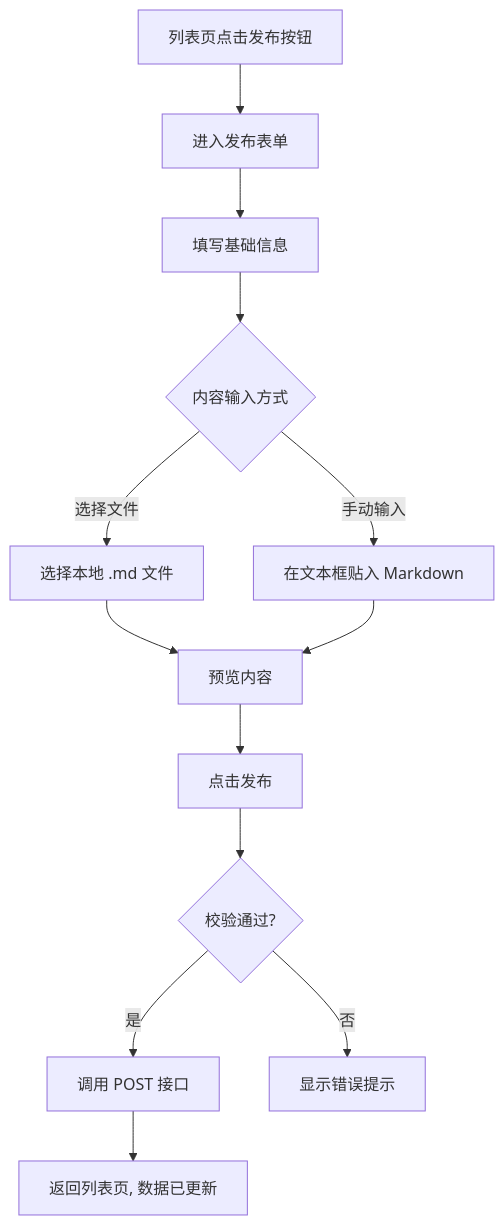
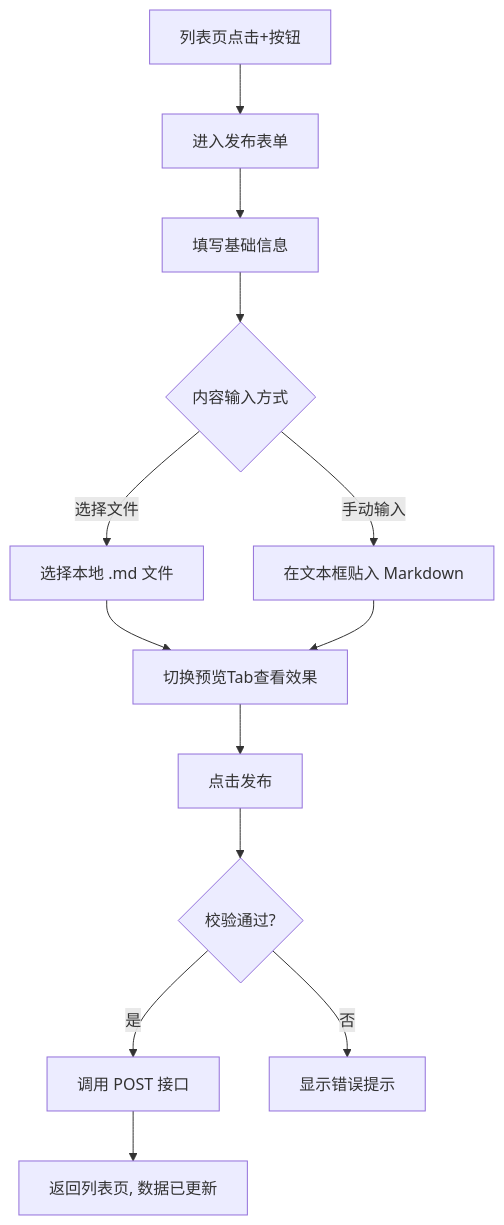
The first of 2 diagrams in docs/features/skill/v0.0.2/analysis.md (toly1994328/skills-hub-by-ai), drawn with Mermaid before and after one commit. The commit also changed other lines of this file and 2 other files, not shown here.

````diff
--- a/docs/features/skill/v0.0.2/analysis.md
+++ b/docs/features/skill/v0.0.2/analysis.md
@@ -15,15 +15,15 @@
 ```mermaid
 flowchart TB
-    A[列表页点击发布按钮] --> B[进入发布表单]
+    A[列表页点击+按钮] --> B[进入发布表单]
     B --> C[填写基础信息]
     C --> D{内容输入方式}
     D -->|选择文件| E[选择本地 .md 文件]
     D -->|手动输入| F[在文本框贴入 Markdown]
-    E --> G[预览内容]
+    E --> G[切换预览Tab查看效果]
     F --> G
     G --> H[点击发布]
     H --> I{校验通过?}
     I -->|是| J[调用 POST 接口]
     J --> K[返回列表页, 数据已更新]
     I -->|否| L[显示错误提示]
 ```
````
